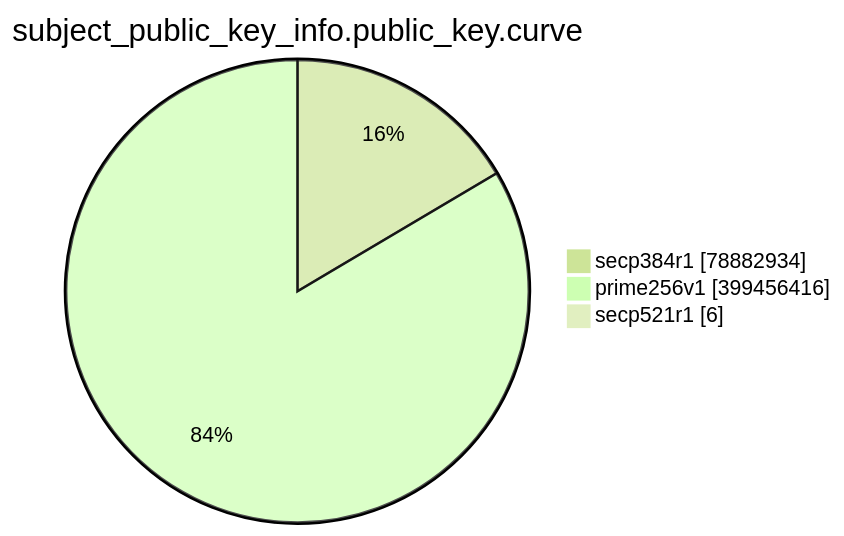
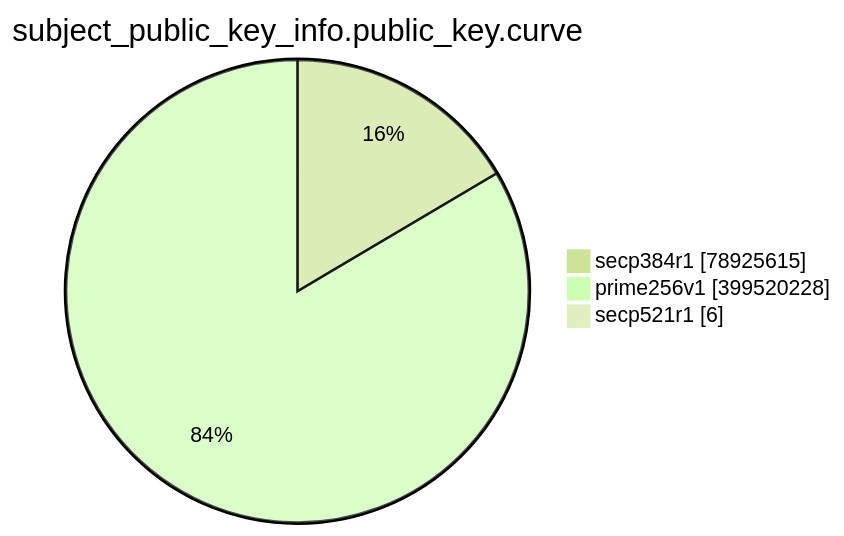
One commit to christiankrug/ctmonitor_visualization changed the eighth of 15 diagrams in TOTAL/README.md. Above: the diagram before and after it, drawn with Mermaid (forest theme). The commit also changed other lines of this file, not shown here.

````diff
--- a/TOTAL/README.md
+++ b/TOTAL/README.md
@@ -3095,7 +3095,7 @@
 ```mermaid
 pie showData
 title subject_public_key_info.public_key.curve
-"secp384r1" :78882934
-"prime256v1" :399456416
+"secp384r1" :78925615
+"prime256v1" :399520228
 "secp521r1" :6
 ```
````
